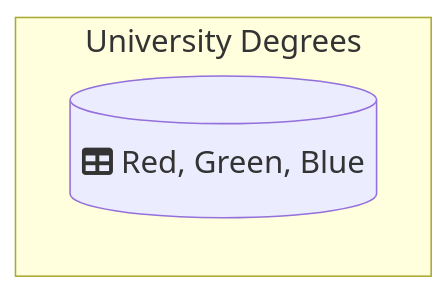
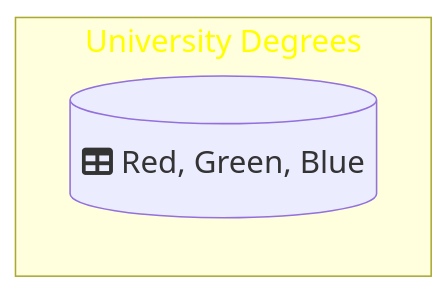
One commit to DippoldEJ/DippoldEJ changed the second of 2 diagrams in README.md. Above: the diagram before and after it, drawn with Mermaid. The commit also changed other lines of this file, not shown here.

````diff
--- a/README.md
+++ b/README.md
@@ -42,12 +37,13 @@
 ```mermaid
 flowchart LR;
 %%{init: {
 	'themeVariables': { 'fontSize': '20px', 'fontFamily': 'Didot'}
 	}
 }%%
 
  subgraph h[University Degrees]
 direction TD;
         r[(fa:fa-table Red, Green, Blue)]
     end
+style h color:#FFFF00
 ```
````
